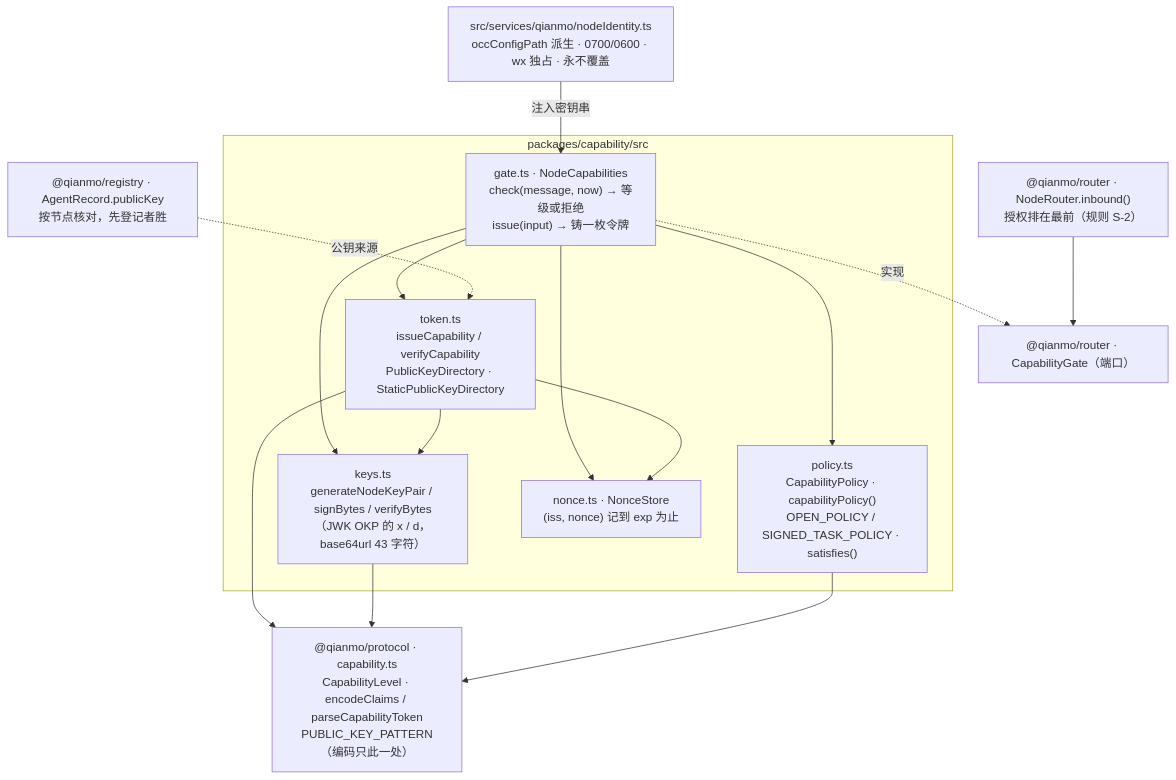
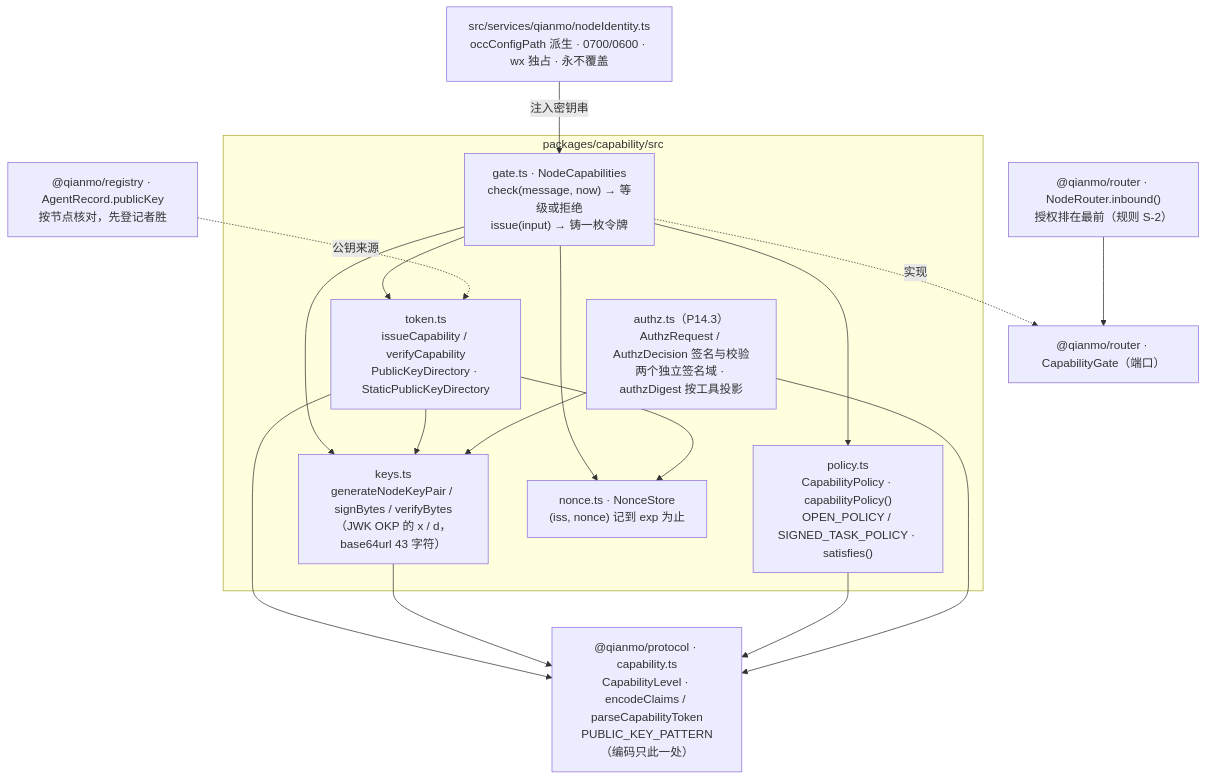
Before and after one commit to sweetcornna/atlas: the diagram in packages/capability/README.md, drawn with Mermaid. The commit also changed other lines of this file and 3 other files, not shown here.

First line of the commit message:
feat(capability): 授权流的 AuthzRequest / AuthzDecision 签名对象与按工具投影的摘要（P14.3）

````diff
--- a/packages/capability/README.md
+++ b/packages/capability/README.md
@@ -17,31 +17,34 @@
 ```mermaid
 flowchart TD
   router["@qianmo/router · NodeRouter.inbound()<br/>授权排在最前（规则 S-2）"]
   port["@qianmo/router · CapabilityGate（端口）"]
 
   subgraph pkg["packages/capability/src"]
     gate["gate.ts · NodeCapabilities<br/>check(message, now) → 等级或拒绝<br/>issue(input) → 铸一枚令牌"]
     policy["policy.ts<br/>CapabilityPolicy · capabilityPolicy()<br/>OPEN_POLICY / SIGNED_TASK_POLICY · satisfies()"]
     token["token.ts<br/>issueCapability / verifyCapability<br/>PublicKeyDirectory · StaticPublicKeyDirectory"]
     keys["keys.ts<br/>generateNodeKeyPair / signBytes / verifyBytes<br/>（JWK OKP 的 x / d，base64url 43 字符）"]
     nonce["nonce.ts · NonceStore<br/>(iss, nonce) 记到 exp 为止"]
+    authz["authz.ts（P14.3）<br/>AuthzRequest / AuthzDecision 签名与校验<br/>两个独立签名域 · authzDigest 按工具投影"]
   end
 
   protocol["@qianmo/protocol · capability.ts<br/>CapabilityLevel · encodeClaims / parseCapabilityToken<br/>PUBLIC_KEY_PATTERN（编码只此一处）"]
   identity["src/services/qianmo/nodeIdentity.ts<br/>occConfigPath 派生 · 0700/0600 · wx 独占 · 永不覆盖"]
   registry["@qianmo/registry · AgentRecord.publicKey<br/>按节点核对，先登记者胜"]
 
   router --> port
   gate -.->|"实现"| port
   gate --> policy
   gate --> token
   gate --> nonce
   gate --> keys
   token --> keys
   token --> nonce
   token --> protocol
   keys --> protocol
   policy --> protocol
+  authz --> keys
+  authz --> protocol
   identity -->|注入密钥串| gate
   registry -.->|"公钥来源"| token
 ```
````
